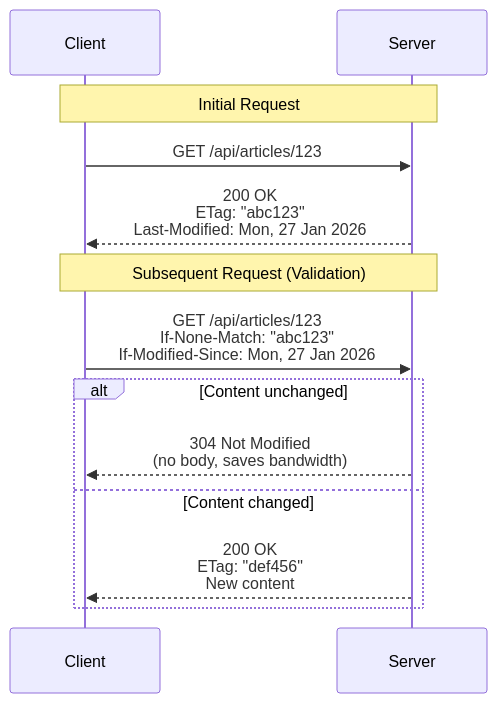
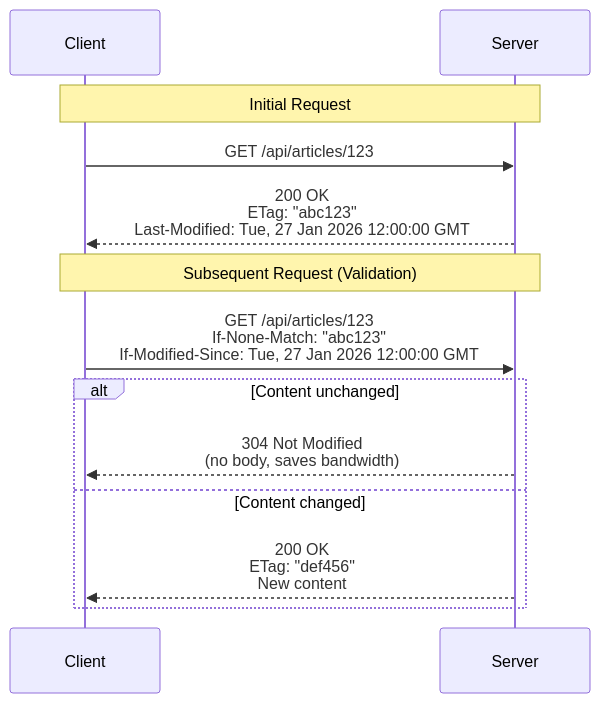
Before and after one commit to OneUptime/blog: the third of 7 diagrams in posts/2026-01-27-http-caching-headers/README.md, drawn with Mermaid. The commit also changed other lines of this file and 2 other files, not shown here.

````diff
--- a/posts/2026-01-27-http-caching-headers/README.md
+++ b/posts/2026-01-27-http-caching-headers/README.md
@@ -265,18 +275,18 @@
 ```mermaid
 sequenceDiagram
     participant Client
     participant Server
 
     Note over Client,Server: Initial Request
     Client->>Server: GET /api/articles/123
-    Server-->>Client: 200 OK<br/>ETag: "abc123"<br/>Last-Modified: Mon, 27 Jan 2026
+    Server-->>Client: 200 OK<br/>ETag: "abc123"<br/>Last-Modified: Tue, 27 Jan 2026 12:00:00 GMT
 
     Note over Client,Server: Subsequent Request (Validation)
-    Client->>Server: GET /api/articles/123<br/>If-None-Match: "abc123"<br/>If-Modified-Since: Mon, 27 Jan 2026
+    Client->>Server: GET /api/articles/123<br/>If-None-Match: "abc123"<br/>If-Modified-Since: Tue, 27 Jan 2026 12:00:00 GMT
 
     alt Content unchanged
         Server-->>Client: 304 Not Modified<br/>(no body, saves bandwidth)
     else Content changed
         Server-->>Client: 200 OK<br/>ETag: "def456"<br/>New content
     end
 ```
````
